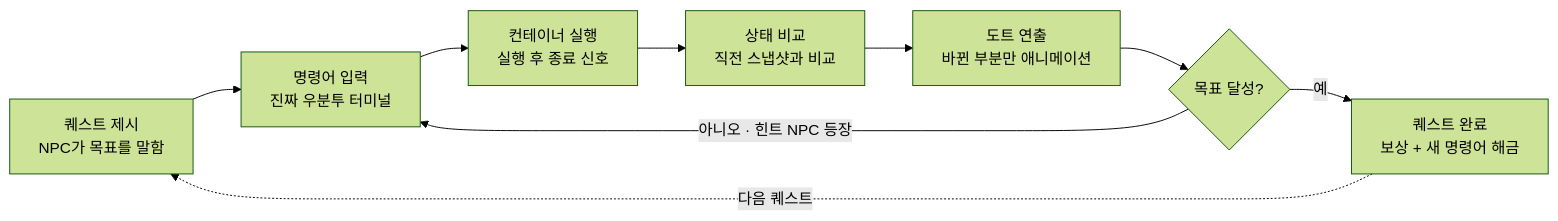
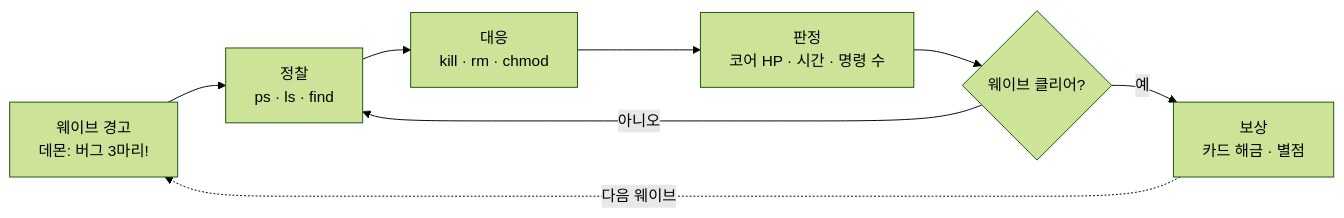
The first of 2 diagrams in docs/DotShell_기획서.md (jackbongmin/Project_DotShell), drawn with Mermaid (forest theme) before and after one commit. The commit also changed other lines of this file, not shown here.

````diff
--- a/docs/DotShell_기획서.md
+++ b/docs/DotShell_기획서.md
@@ -62,11 +55,10 @@
 ```mermaid
 flowchart LR
-    A[퀘스트 제시<br/>NPC가 목표를 말함] --> B[명령어 입력<br/>진짜 우분투 터미널]
-    B --> C[컨테이너 실행<br/>실행 후 종료 신호]
-    C --> D[상태 비교<br/>직전 스냅샷과 비교]
-    D --> E[도트 연출<br/>바뀐 부분만 애니메이션]
-    E --> F{목표 달성?}
-    F -- 예 --> G[퀘스트 완료<br/>보상 + 새 명령어 해금]
-    F -- 아니오 · 힌트 NPC 등장 --> B
-    G -. 다음 퀘스트 .-> A
+    A[웨이브 경고<br/>데몬: 버그 3마리!] --> B[정찰<br/>ps · ls · find]
+    B --> C[대응<br/>kill · rm · chmod]
+    C --> D[판정<br/>코어 HP · 시간 · 명령 수]
+    D --> E{웨이브 클리어?}
+    E -- 예 --> F[보상<br/>카드 해금 · 별점]
+    E -- 아니오 --> B
+    F -. 다음 웨이브 .-> A
 ```
````
